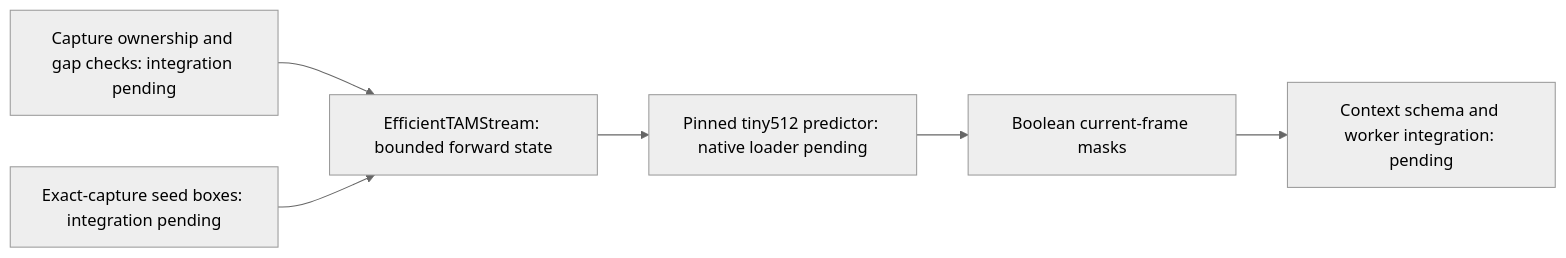
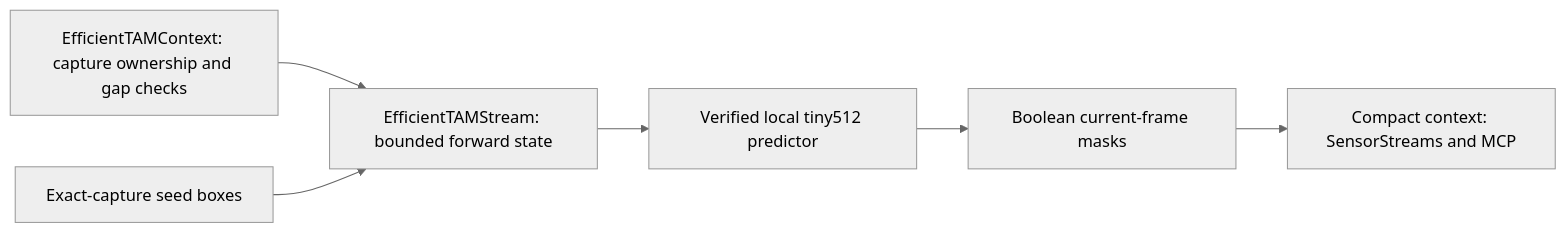
Before and after one commit to NomaDamas/Gamst: the diagram in docs/efficienttam-stream.md, drawn with Mermaid (neutral theme). The commit also changed other lines of this file and 13 other files, not shown here.

Commit message:
Connect verified local EfficientTAM tracking to sensory context

````diff
--- a/docs/efficienttam-stream.md
+++ b/docs/efficienttam-stream.md
@@ -7,8 +7,8 @@
 ```mermaid
 flowchart LR
-    C[Capture ownership and gap checks: integration pending] --> B[EfficientTAMStream: bounded forward state]
-    P[Exact-capture seed boxes: integration pending] --> B
-    B --> M[Pinned tiny512 predictor: native loader pending]
+    C[EfficientTAMContext: capture ownership and gap checks] --> B[EfficientTAMStream: bounded forward state]
+    P[Exact-capture seed boxes] --> B
+    B --> M[Verified local tiny512 predictor]
     M --> O[Boolean current-frame masks]
-    O --> S[Context schema and worker integration: pending]
+    O --> S[Compact context: SensorStreams and MCP]
 ```
````
